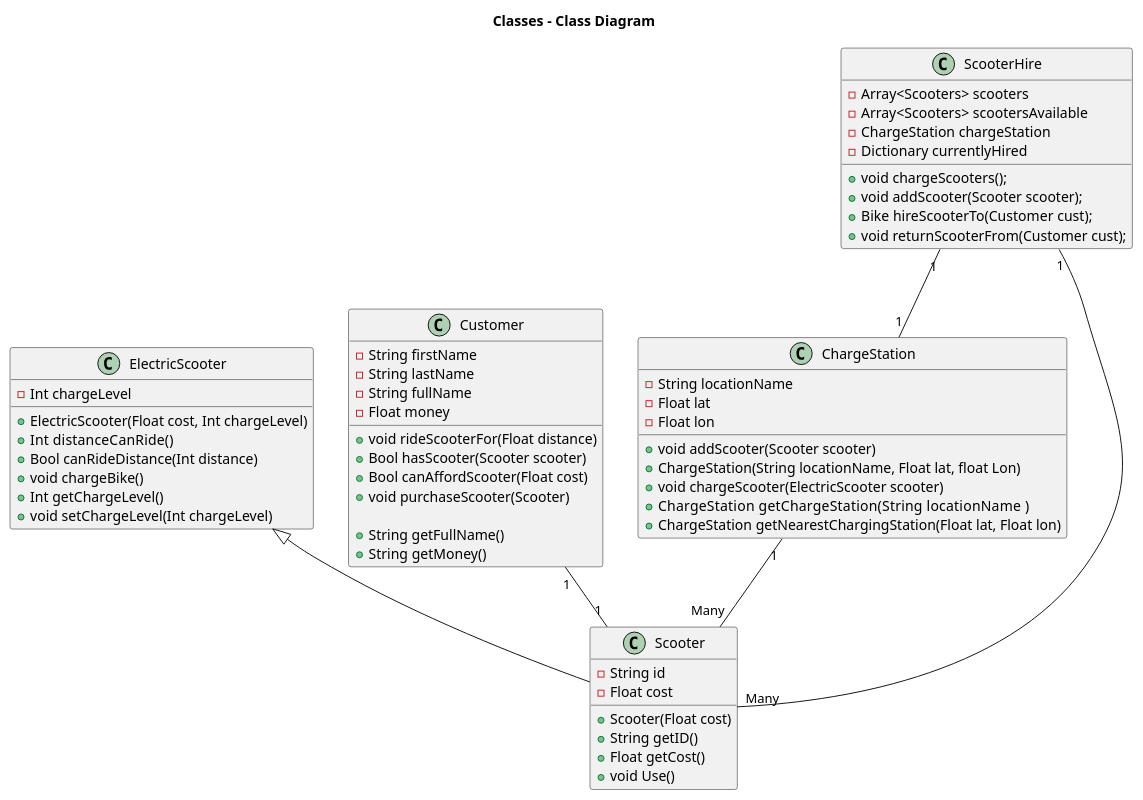
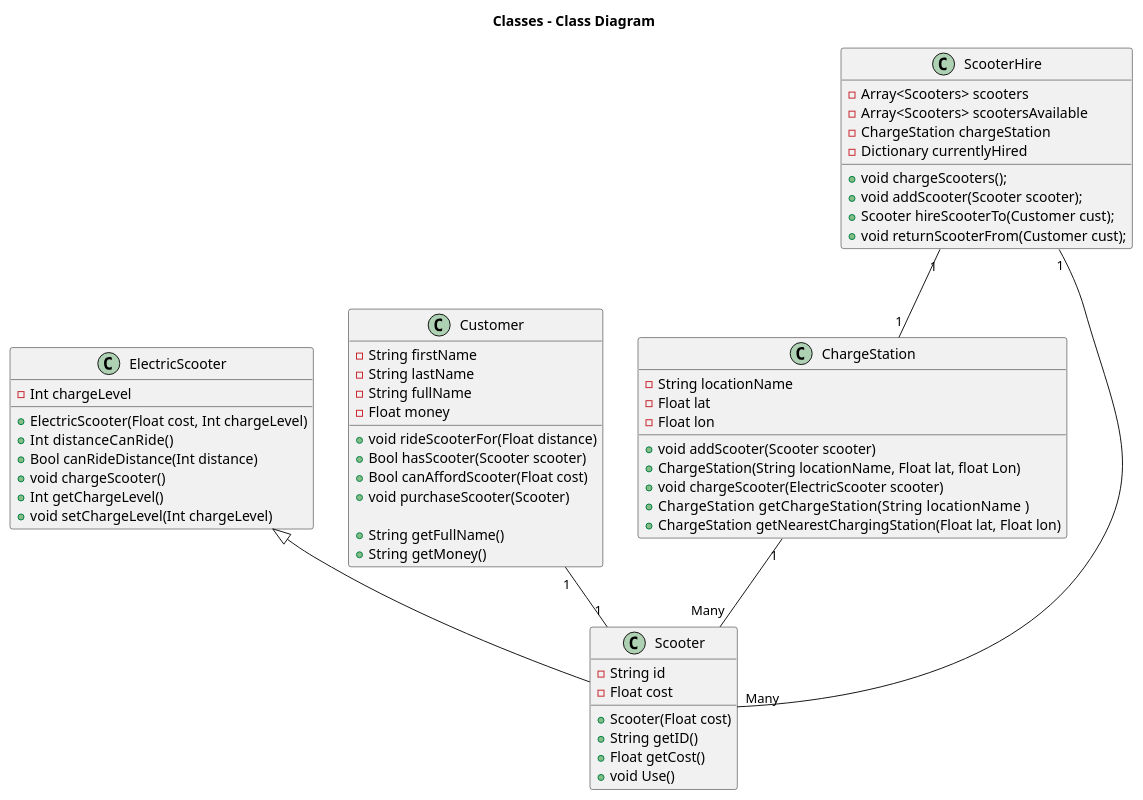
The diagram in uml/code/Classes.puml (james-d12/whitehatbootcamp), drawn with PlantUML before and after one commit. The commit also changed 8 other files, not shown here.

```diff
--- a/uml/code/Classes.puml
+++ b/uml/code/Classes.puml
@@ -1,72 +1,71 @@
 @startuml
 
 title Classes - Class Diagram
 
 class ChargeStation {
     - String locationName
     - Float lat 
     - Float lon
 
     + void addScooter(Scooter scooter)
     + ChargeStation(String locationName, Float lat, float Lon)
     + void chargeScooter(ElectricScooter scooter)
     + ChargeStation getChargeStation(String locationName    )
     + ChargeStation getNearestChargingStation(Float lat, Float lon)
 }
 
 class ElectricScooter {
     - Int chargeLevel
 
     + ElectricScooter(Float cost, Int chargeLevel)
     + Int  distanceCanRide()
     + Bool canRideDistance(Int distance)
-    + void chargeBike()
+    + void chargeScooter()
     + Int getChargeLevel()
     + void setChargeLevel(Int chargeLevel)
 }
 
 class Scooter {
     - String id
     - Float cost
     
     + Scooter(Float cost)
     + String getID()
     + Float getCost()
     + void Use()
 }
 
 class Customer {
     - String firstName
     - String lastName
     - String fullName 
     - Float money 
     
     + void rideScooterFor(Float distance)
     + Bool hasScooter(Scooter scooter)
     + Bool canAffordScooter(Float cost)
     + void purchaseScooter(Scooter)
     
     + String getFullName()
     + String getMoney()
 }
 
 class ScooterHire {
     - Array<Scooters> scooters
     - Array<Scooters> scootersAvailable
     - ChargeStation chargeStation
     - Dictionary currentlyHired
     
     + void chargeScooters();
     + void addScooter(Scooter scooter);
-    + Bike hireScooterTo(Customer cust);
-    + void returnScooterFrom(Customer cust);
-    
+    + Scooter hireScooterTo(Customer cust);
+    + void returnScooterFrom(Customer cust);   
 }
 
 ScooterHire "1" -- "Many" Scooter
 Customer "1" -- "1" Scooter
 ChargeStation "1" -- "Many" Scooter
 ElectricScooter <|-- Scooter
 ScooterHire "1" -- "1" ChargeStation
 
 @enduml
```
